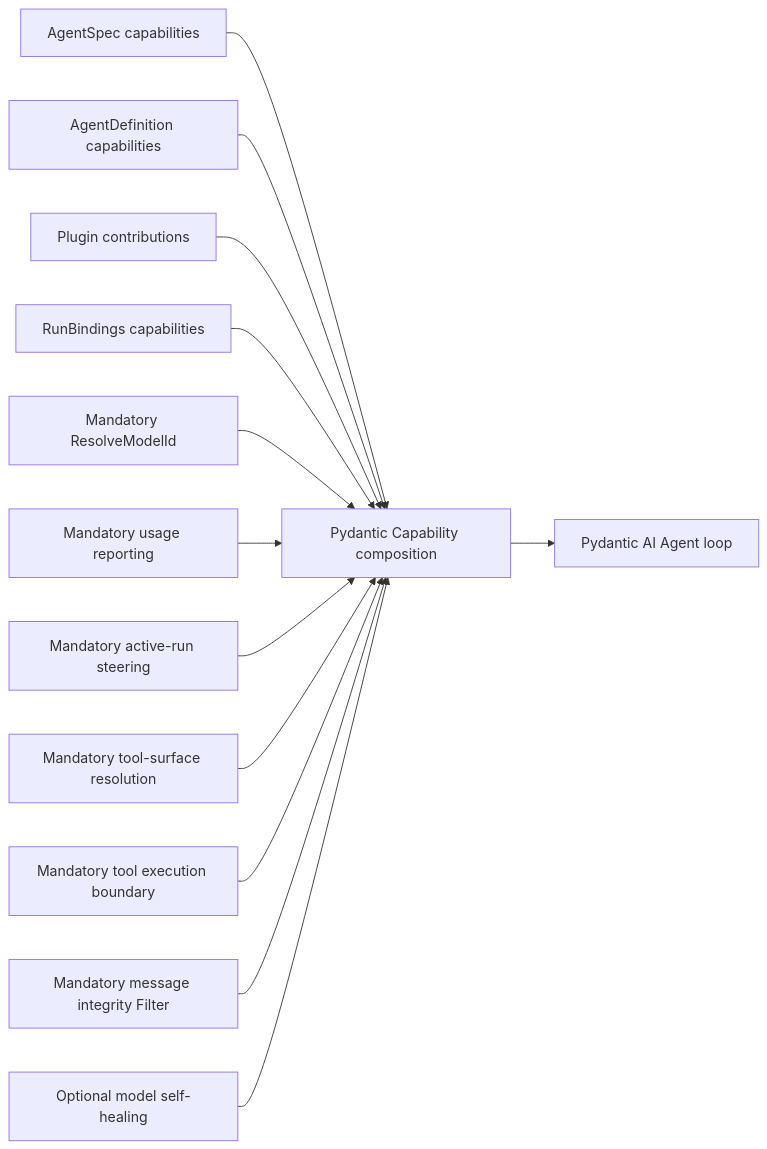
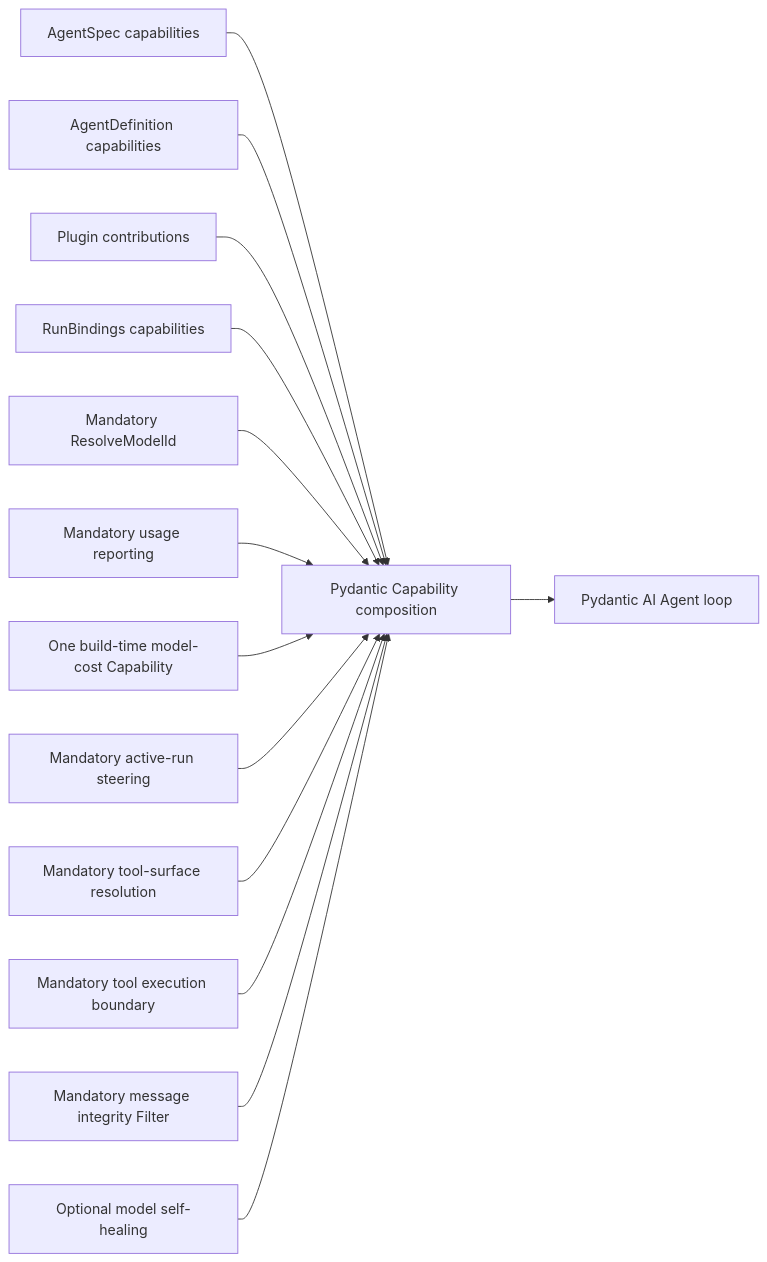
One commit to LTThreeComma/agent-foundation changed the diagram in spec/agent-harness/17-core-capability-catalog.md. Above: the diagram before and after it, drawn with Mermaid. The commit also changed other lines of this file and 115 other files, not shown here.

````diff
--- a/spec/agent-harness/17-core-capability-catalog.md
+++ b/spec/agent-harness/17-core-capability-catalog.md
@@ -64,15 +65,16 @@
 ```mermaid
 flowchart LR
     Spec[AgentSpec capabilities] --> PAI[Pydantic Capability composition]
     Build[AgentDefinition capabilities] --> PAI
     Plugin[Plugin contributions] --> PAI
     Run[RunBindings capabilities] --> PAI
     Resolver[Mandatory ResolveModelId] --> PAI
     Usage[Mandatory usage reporting] --> PAI
+    Pricing[One build-time model-cost Capability] --> PAI
     Steering[Mandatory active-run steering] --> PAI
     Surface[Mandatory tool-surface resolution] --> PAI
     Boundary[Mandatory tool execution boundary] --> PAI
     Integrity[Mandatory message integrity Filter] --> PAI
     SelfHealing[Optional model self-healing] --> PAI
     PAI --> Agent[Pydantic AI Agent loop]
 ```
````
